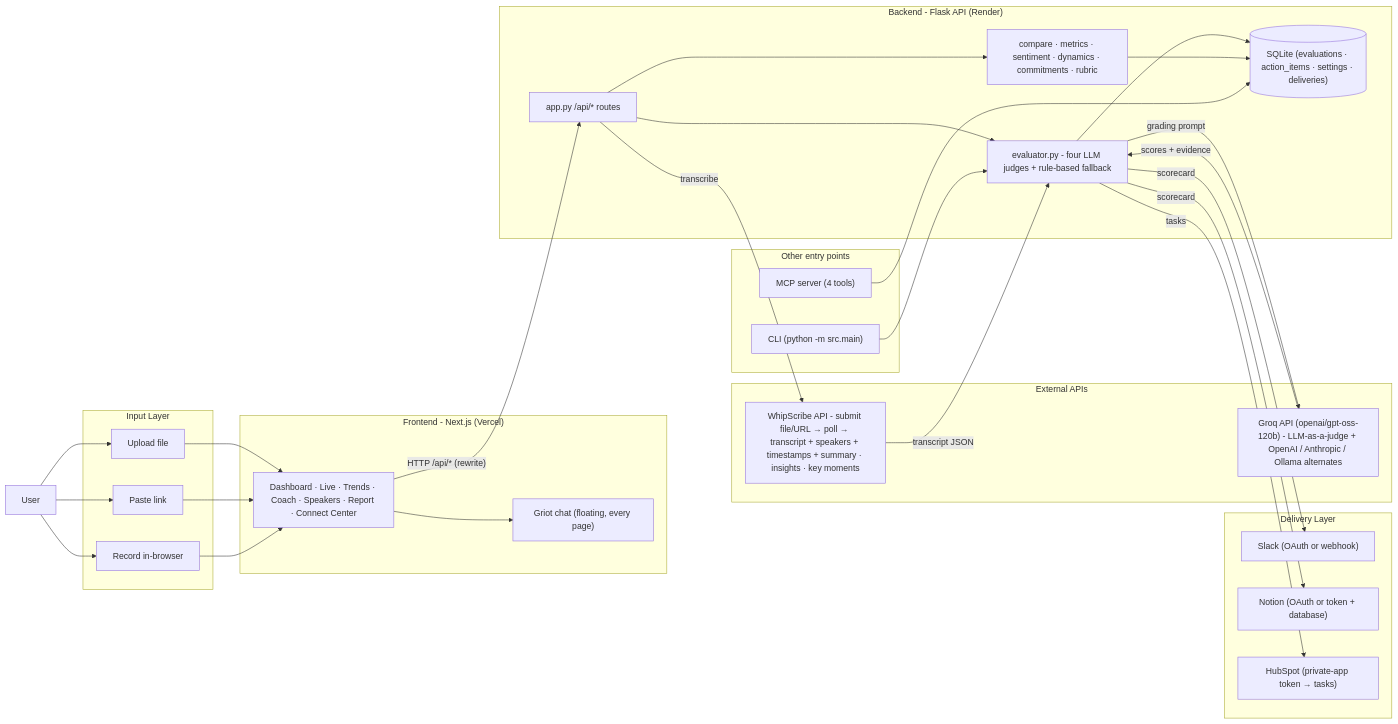
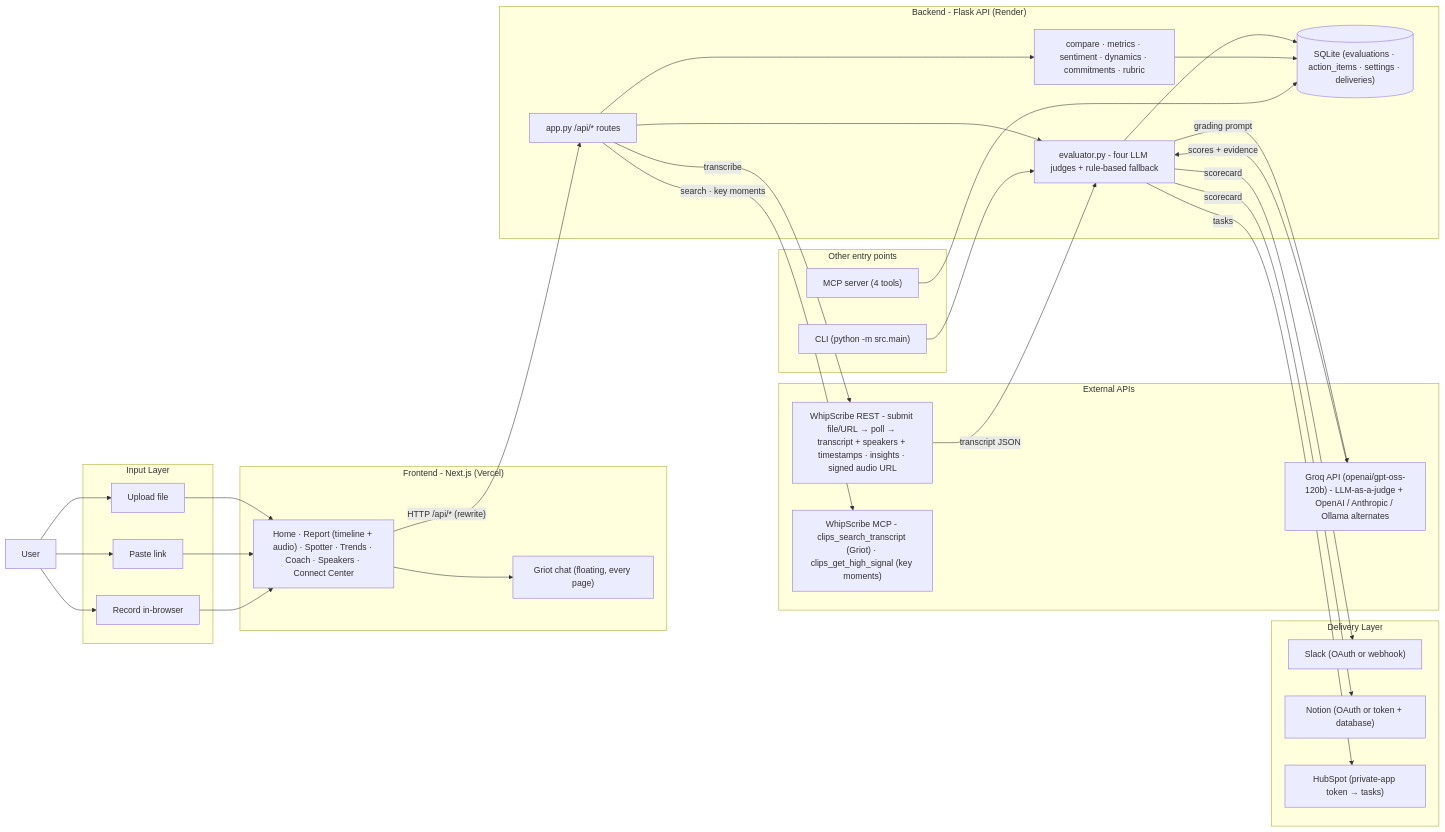
Before and after one commit to Blacksujit/callcoach-ai-whhipscribe: the diagram in PR_DESCRIPTION.md, drawn with Mermaid. The commit also changed other lines of this file and 124 other files, not shown here.

First line of the commit message:
Hear the moment, Griot on WhipScribe MCP, honest scores, real tests

````diff
--- a/PR_DESCRIPTION.md
+++ b/PR_DESCRIPTION.md
@@ -42,65 +52,67 @@
 ```mermaid
 flowchart LR
     U["User"]
 
     subgraph INPUT["Input Layer"]
         FILE["Upload file"]
         URL["Paste link"]
         REC["Record in-browser"]
     end
 
     U --> FILE
     U --> URL
     U --> REC
 
     subgraph FRONTEND["Frontend - Next.js (Vercel)"]
-        PAGES["Dashboard · Live · Trends · Coach · Speakers · Report · Connect Center"]
+        PAGES["Home · Report (timeline + audio) · Spotter · Trends · Coach · Speakers · Connect Center"]
         WIDGET["Griot chat (floating, every page)"]
     end
 
     FILE --> PAGES
     URL --> PAGES
     REC --> PAGES
     PAGES --> WIDGET
 
     subgraph BACKEND["Backend - Flask API (Render)"]
         API["app.py  /api/* routes"]
         EVAL["evaluator.py - four LLM judges + rule-based fallback"]
         INSIGHT["compare · metrics · sentiment · dynamics · commitments · rubric"]
         STORE[("SQLite (evaluations · action_items · settings · deliveries)")]
         API --> EVAL
         API --> INSIGHT
         EVAL --> STORE
         INSIGHT --> STORE
     end
 
     PAGES -->|"HTTP /api/* (rewrite)"| API
 
     subgraph EXTERNAL["External APIs"]
-        WHIP["WhipScribe API - submit file/URL → poll → transcript + speakers + timestamps + summary · insights · key moments"]
+        WHIP["WhipScribe REST - submit file/URL → poll → transcript + speakers + timestamps · insights · signed audio URL"]
+        WMCP["WhipScribe MCP - clips_search_transcript (Griot) · clips_get_high_signal (key moments)"]
         GROQ["Groq API (openai/gpt-oss-120b) - LLM-as-a-judge + OpenAI / Anthropic / Ollama alternates"]
     end
 
     API -->|"transcribe"| WHIP
+    API -->|"search · key moments"| WMCP
     WHIP -->|"transcript JSON"| EVAL
     EVAL -->|"grading prompt"| GROQ
     GROQ -->|"scores + evidence"| EVAL
 
     subgraph DELIVERY["Delivery Layer"]
         SLACK["Slack (OAuth or webhook)"]
         NOTION["Notion (OAuth or token + database)"]
         HUB["HubSpot (private-app token → tasks)"]
     end
 
     EVAL -->|"scorecard"| SLACK
     EVAL -->|"scorecard"| NOTION
     EVAL -->|"tasks"| HUB
 
     subgraph AUX["Other entry points"]
         CLI["CLI (python -m src.main)"]
         MCPSRV["MCP server (4 tools)"]
     end
 
     CLI --> EVAL
     MCPSRV --> STORE
 ```
````
